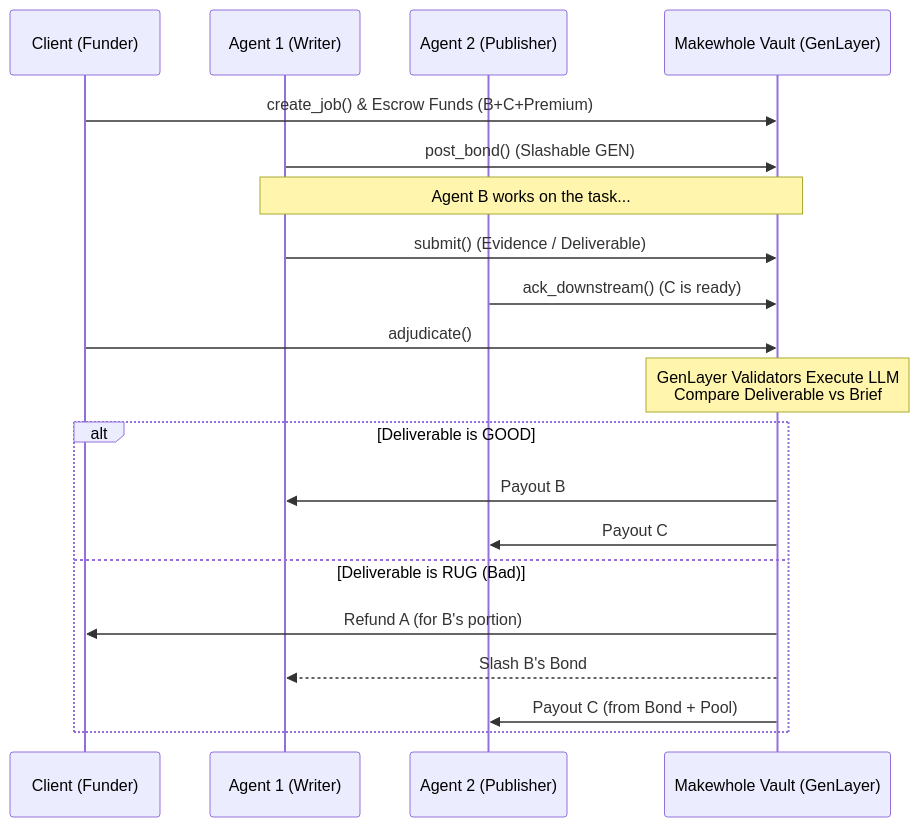
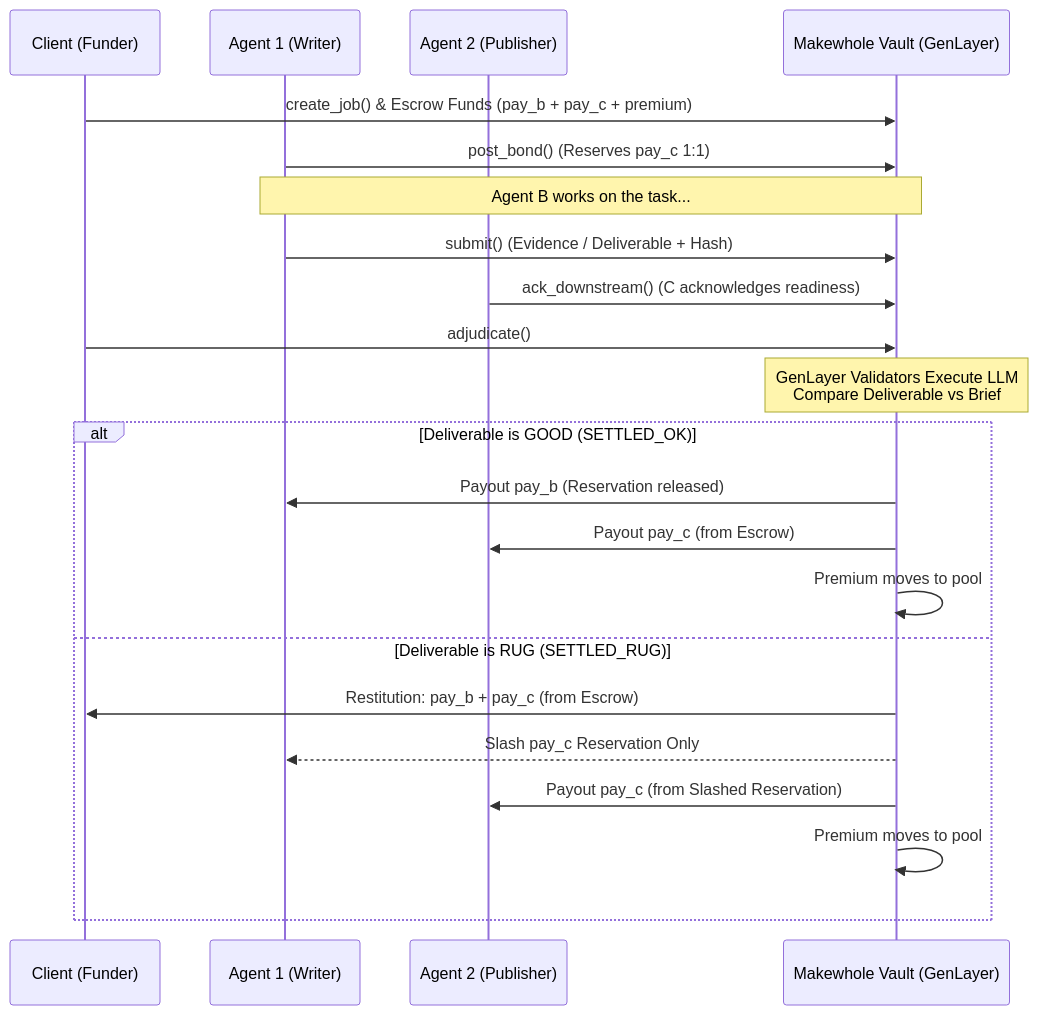
One commit to edwarderlick/makewhole changed the diagram in README.md. Above: the diagram before and after it, drawn with Mermaid. The commit also changed other lines of this file and 31 other files, not shown here.

````diff
--- a/README.md
+++ b/README.md
@@ -19,28 +19,30 @@
 ```mermaid
 sequenceDiagram
     participant A as Client (Funder)
     participant B as Agent 1 (Writer)
     participant C as Agent 2 (Publisher)
     participant SC as Makewhole Vault (GenLayer)
 
-    A->>SC: create_job() & Escrow Funds (B+C+Premium)
-    B->>SC: post_bond() (Slashable GEN)
+    A->>SC: create_job() & Escrow Funds (pay_b + pay_c + premium)
+    B->>SC: post_bond() (Reserves pay_c 1:1)
     
     Note over B,SC: Agent B works on the task...
     
-    B->>SC: submit() (Evidence / Deliverable)
-    C->>SC: ack_downstream() (C is ready)
+    B->>SC: submit() (Evidence / Deliverable + Hash)
+    C->>SC: ack_downstream() (C acknowledges readiness)
     
     A->>SC: adjudicate()
     
     Note over SC: GenLayer Validators Execute LLM<br/>Compare Deliverable vs Brief
     
-    alt Deliverable is GOOD
-        SC->>B: Payout B
-        SC->>C: Payout C
-    else Deliverable is RUG (Bad)
-        SC->>A: Refund A (for B's portion)
-        SC-->>B: Slash B's Bond
-        SC->>C: Payout C (from Bond + Pool)
+    alt Deliverable is GOOD (SETTLED_OK)
+        SC->>B: Payout pay_b (Reservation released)
+        SC->>C: Payout pay_c (from Escrow)
+        SC->>SC: Premium moves to pool
+    else Deliverable is RUG (SETTLED_RUG)
+        SC->>A: Restitution: pay_b + pay_c (from Escrow)
+        SC-->>B: Slash pay_c Reservation Only
+        SC->>C: Payout pay_c (from Slashed Reservation)
+        SC->>SC: Premium moves to pool
     end
 ```
````
